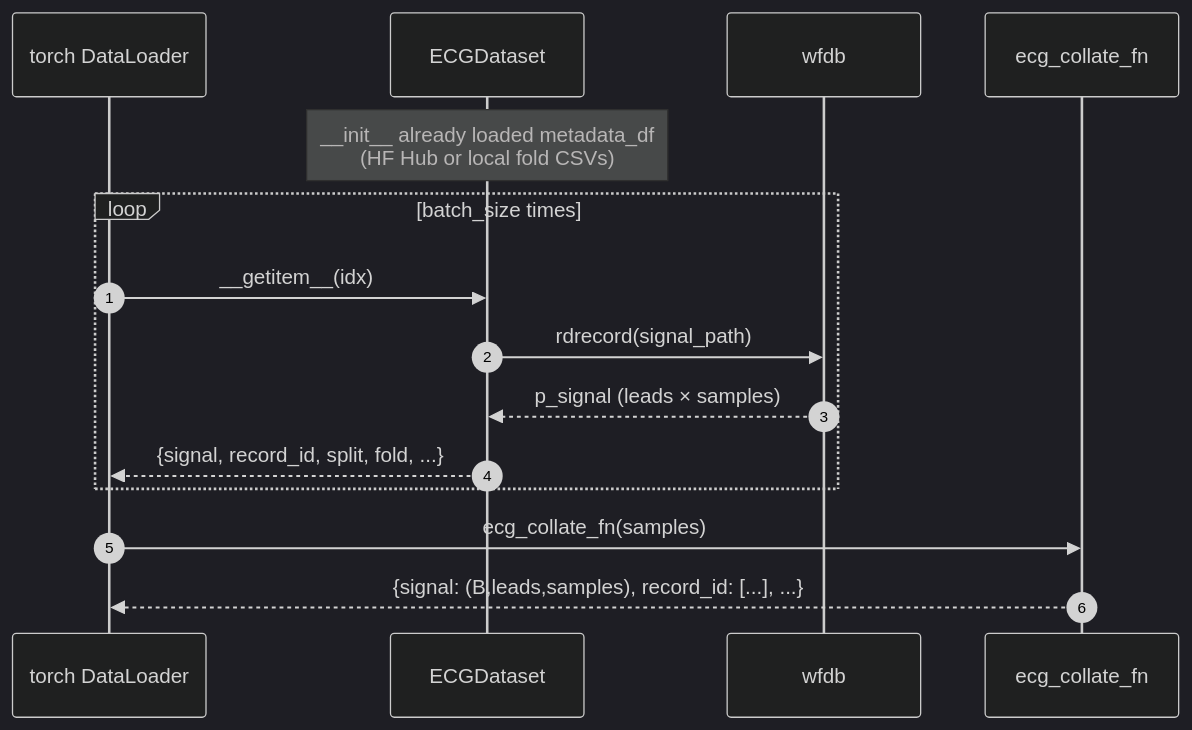
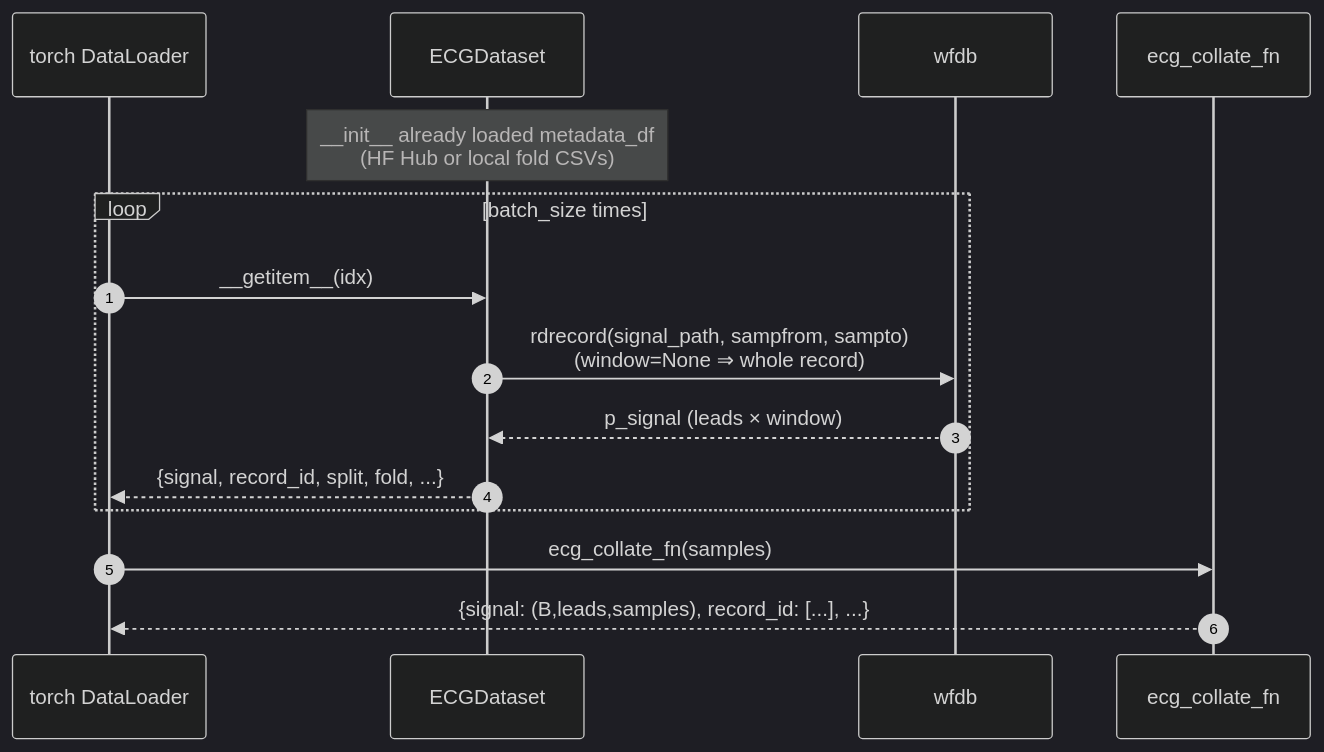
Diagram 14 of 17 in ECGBench_architecture/ARCHITECTURE.md (vlbthambawita/ECGBench), drawn with Mermaid (dark theme) before and after one commit. The commit also changed other lines of this file and 6 other files, not shown here.

````diff
--- a/ECGBench_architecture/ARCHITECTURE.md
+++ b/ECGBench_architecture/ARCHITECTURE.md
@@ -463,18 +478,18 @@
 ```mermaid
 sequenceDiagram
     autonumber
     participant DL as torch DataLoader
     participant DS as ECGDataset
     participant W as wfdb
     participant CF as ecg_collate_fn
 
     Note over DS: __init__ already loaded metadata_df<br/>(HF Hub or local fold CSVs)
     loop batch_size times
         DL->>DS: __getitem__(idx)
-        DS->>W: rdrecord(signal_path)
-        W-->>DS: p_signal (leads × samples)
+        DS->>W: rdrecord(signal_path, sampfrom, sampto)<br/>(window=None ⇒ whole record)
+        W-->>DS: p_signal (leads × window)
         DS-->>DL: {signal, record_id, split, fold, ...}
     end
     DL->>CF: ecg_collate_fn(samples)
     CF-->>DL: {signal: (B,leads,samples), record_id: [...], ...}
 ```
````
